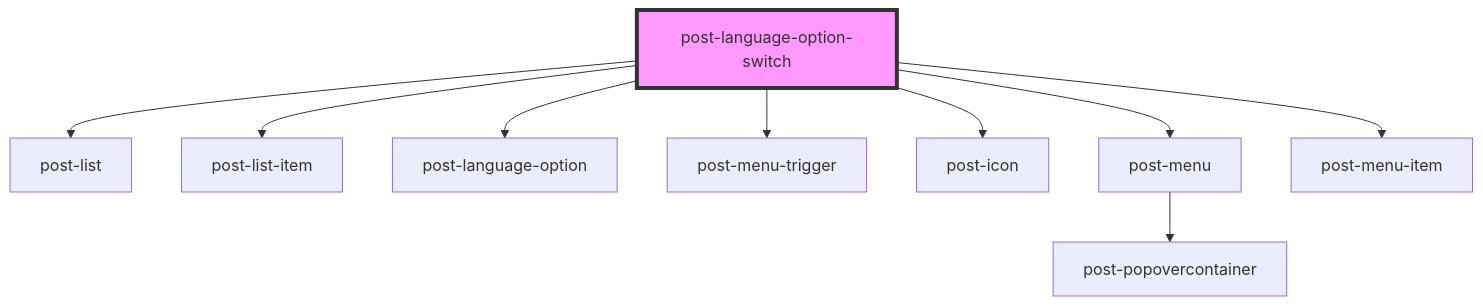
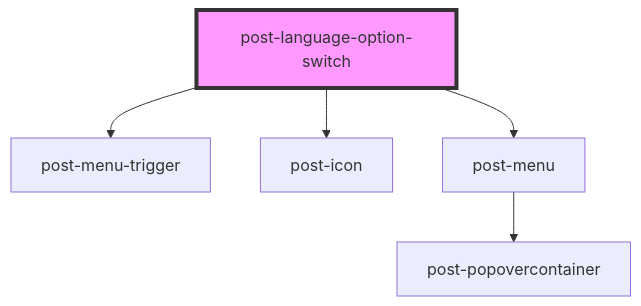
The diagram in packages/components/src/components/post-language-option-switch/readme.md (swisspost/design-system), drawn with Mermaid before and after one commit. The commit also changed other lines of this file and 5 other files, not shown here.

````diff
--- a/packages/components/src/components/post-language-option-switch/readme.md
+++ b/packages/components/src/components/post-language-option-switch/readme.md
@@ -29,12 +25,8 @@
 ```mermaid
 graph TD;
-  post-language-option-switch --> post-list
-  post-language-option-switch --> post-list-item
-  post-language-option-switch --> post-language-option
   post-language-option-switch --> post-menu-trigger
   post-language-option-switch --> post-icon
   post-language-option-switch --> post-menu
-  post-language-option-switch --> post-menu-item
   post-menu --> post-popovercontainer
   style post-language-option-switch fill:#f9f,stroke:#333,stroke-width:4px
 ```
````
